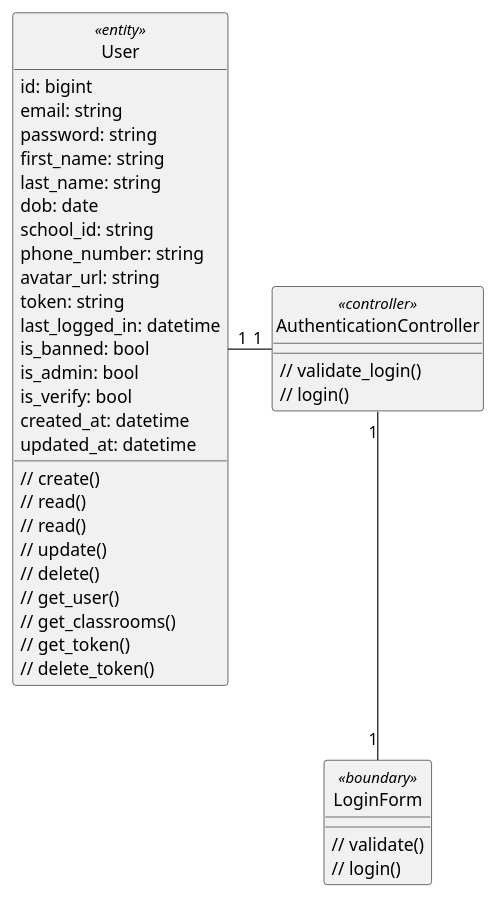
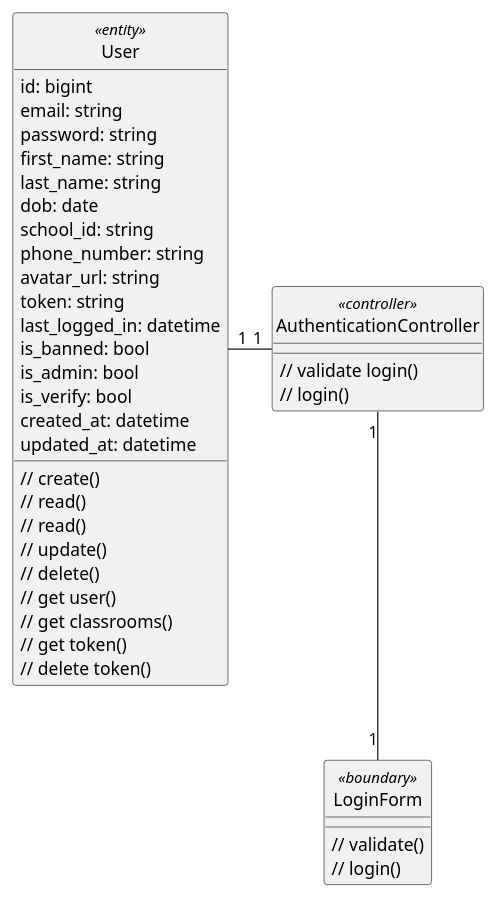
The diagram in class - analysis/authentication/login.plantuml (anonyhostvn/OOAD-Diagram), drawn with PlantUML before and after one commit. The commit also changed 6 other files, not shown here.

```diff
--- a/class - analysis/authentication/login.plantuml
+++ b/class - analysis/authentication/login.plantuml
@@ -1,51 +1,51 @@
 @startuml login
 
 class User <<entity>> {
     id: bigint
     email: string
     password: string
     first_name: string
     last_name: string
     dob: date
     school_id: string
     phone_number: string
     avatar_url: string
     token: string
     last_logged_in: datetime
     is_banned: bool
     is_admin: bool
     is_verify: bool
     created_at: datetime
     updated_at: datetime
 
     // create()
     // read()
     // read()
     // update()
     // delete()
-    // get_user()
-    // get_classrooms()
-    // get_token()
-    // delete_token()
+    // get user()
+    // get classrooms()
+    // get token()
+    // delete token()
 }
 
 class LoginForm <<boundary>> {
     // validate()
     // login()
 }
 
 class AuthenticationController <<controller>> {
-    // validate_login()
+    // validate login()
     // login()
 }
 
 hide User <<entity>> circle
 hide LoginForm <<boundary>> circle
 hide AuthenticationController <<controller>> circle
 
 AuthenticationController "1" -left- "1" User
 AuthenticationController "1" -down- "1" LoginForm
 
 
 
 @enduml
```
